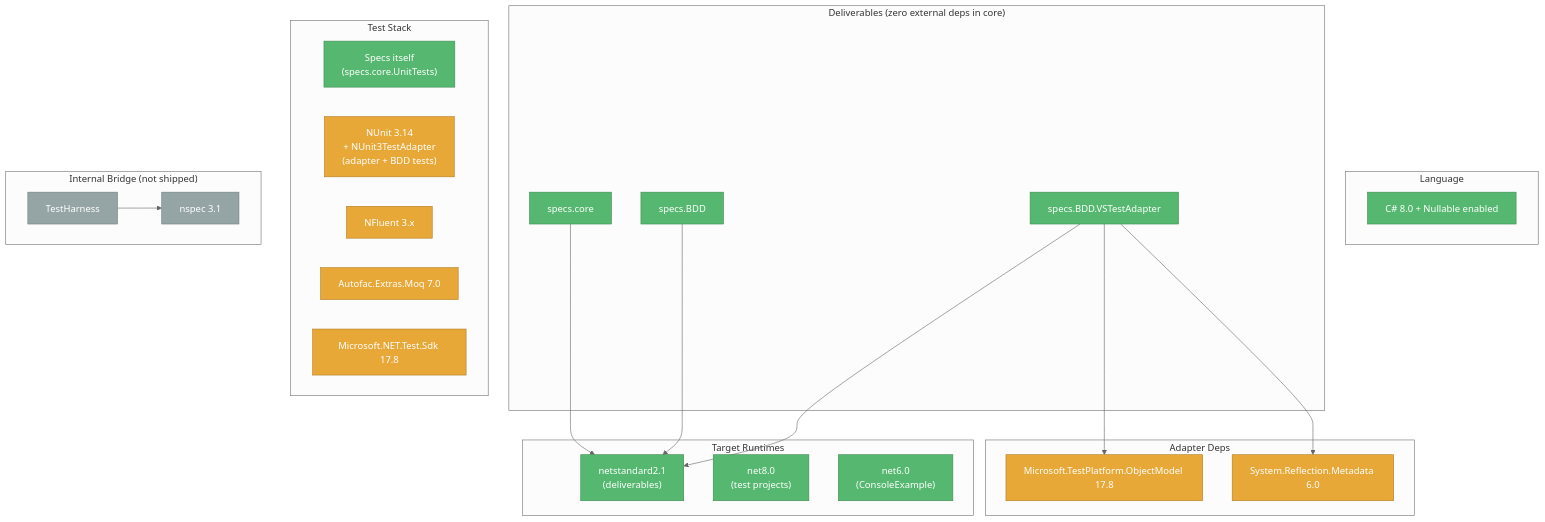
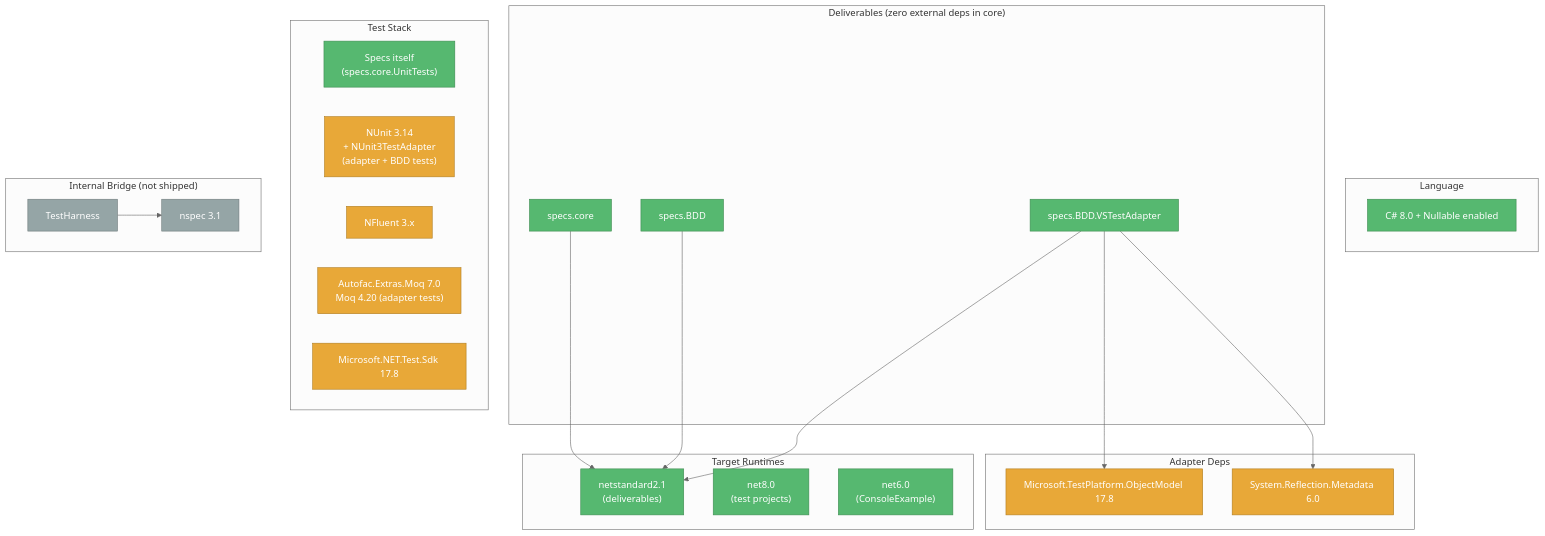
The first of 2 diagrams in memory-bank/techContext.md (yozepi/Specs), drawn with Mermaid before and after one commit. The commit also changed other lines of this file and 30 other files, not shown here.

````diff
--- a/memory-bank/techContext.md
+++ b/memory-bank/techContext.md
@@ -5,48 +5,48 @@
 ```mermaid
 %%{init: {'theme': 'neutral'}}%%
 flowchart TD
     subgraph Runtimes["Target Runtimes"]
         NS21["netstandard2.1<br/>(deliverables)"]:::app
         N8["net8.0<br/>(test projects)"]:::app
         N6["net6.0<br/>(ConsoleExample)"]:::app
     end
 
     subgraph Lang["Language"]
         CS8["C# 8.0 + Nullable enabled"]:::app
     end
 
     subgraph Deliverables["Deliverables (zero external deps in core)"]
         CORE["specs.core"]:::app
         BDD["specs.BDD"]:::app
         ADP["specs.BDD.VSTestAdapter"]:::app
     end
 
     subgraph Test["Test Stack"]
         SELF["Specs itself<br/>(specs.core.UnitTests)"]:::app
         NU["NUnit 3.14<br/>+ NUnit3TestAdapter<br/>(adapter + BDD tests)"]:::external
         NF["NFluent 3.x"]:::external
-        MQ["Autofac.Extras.Moq 7.0"]:::external
+        MQ["Autofac.Extras.Moq 7.0<br/>Moq 4.20 (adapter tests)"]:::external
         TS["Microsoft.NET.Test.Sdk 17.8"]:::external
     end
 
     subgraph AdapterDeps["Adapter Deps"]
         MTP["Microsoft.TestPlatform.ObjectModel 17.8"]:::external
         SRM["System.Reflection.Metadata 6.0"]:::external
     end
 
     subgraph Legacy["Internal Bridge (not shipped)"]
         NSPEC["nspec 3.1"]:::deprecated
         TH["TestHarness"]:::deprecated
     end
 
     CORE --> NS21
     BDD --> NS21
     ADP --> NS21
     ADP --> MTP
     ADP --> SRM
     TH --> NSPEC
 
     classDef app fill:#56B870,stroke:#3D8B50,color:#fff
     classDef external fill:#E8A838,stroke:#B07D20,color:#fff
     classDef deprecated fill:#95A5A6,stroke:#707B7C,color:#fff
 ```
````
